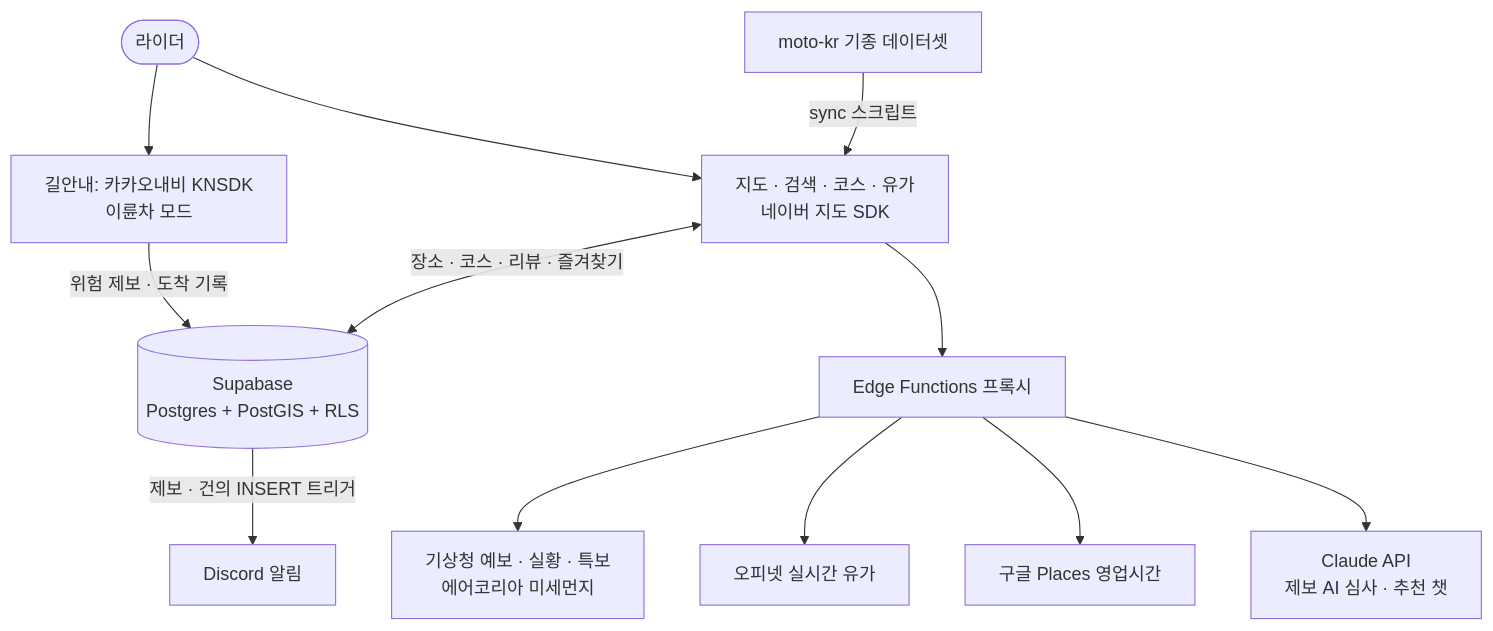
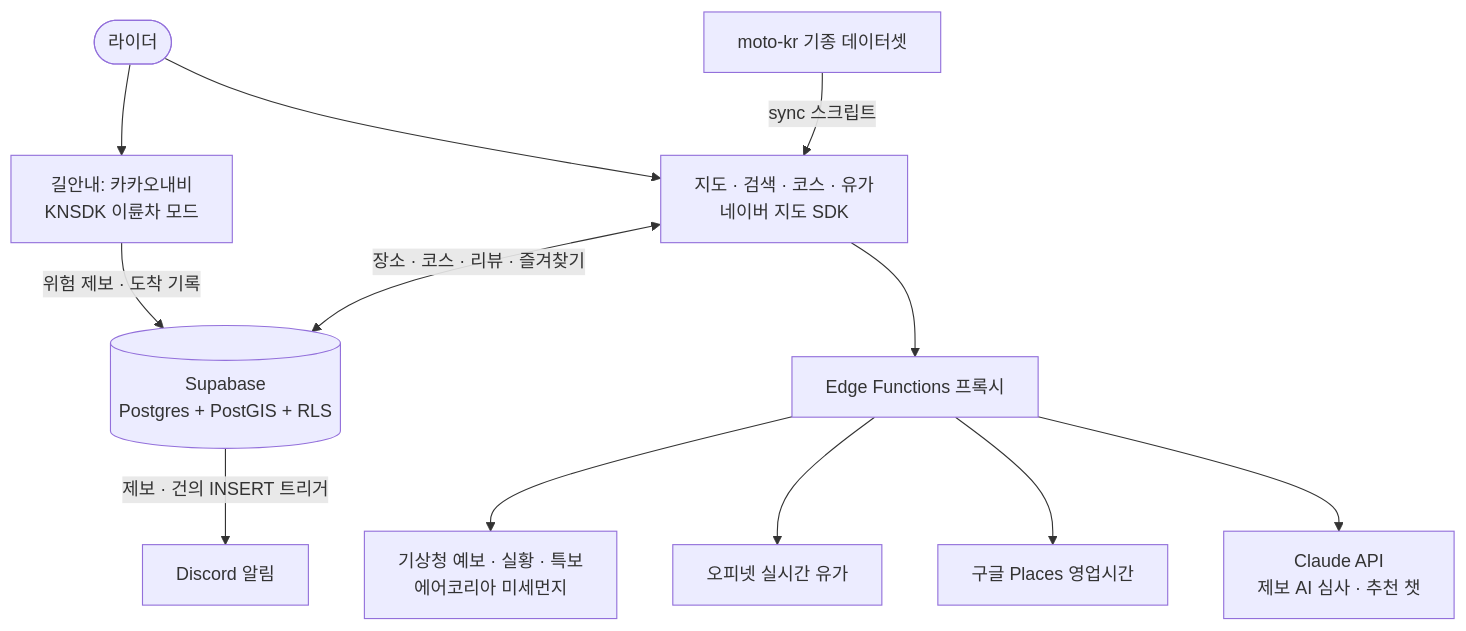
The diagram in README.md (starhn87/motomap), drawn with Mermaid before and after one commit.

Commit message:
docs: keep 'KNSDK 이륜차 모드' on one line in the diagram

````diff
--- a/README.md
+++ b/README.md
@@ -66,14 +66,14 @@
 ```mermaid
 flowchart TD
-  R(["라이더"]) --> NAVI["길안내: 카카오내비 KNSDK<br/>이륜차 모드"]
+  R(["라이더"]) --> NAVI["길안내: 카카오내비<br/>KNSDK 이륜차 모드"]
   R --> MAP["지도 · 검색 · 코스 · 유가<br/>네이버 지도 SDK"]
   MK["moto-kr 기종 데이터셋"] -->|"sync 스크립트"| MAP
   NAVI -->|"위험 제보 · 도착 기록"| DB
   MAP <-->|"장소 · 코스 · 리뷰 · 즐겨찾기"| DB[("Supabase<br/>Postgres + PostGIS + RLS")]
   MAP --> EF["Edge Functions 프록시"]
   DB -->|"제보 · 건의 INSERT 트리거"| DC["Discord 알림"]
   EF --> KMA["기상청 예보 · 실황 · 특보<br/>에어코리아 미세먼지"]
   EF --> OPI["오피넷 실시간 유가"]
   EF --> GGL["구글 Places 영업시간"]
   EF --> CL["Claude API<br/>제보 AI 심사 · 추천 챗"]
 ```
````
